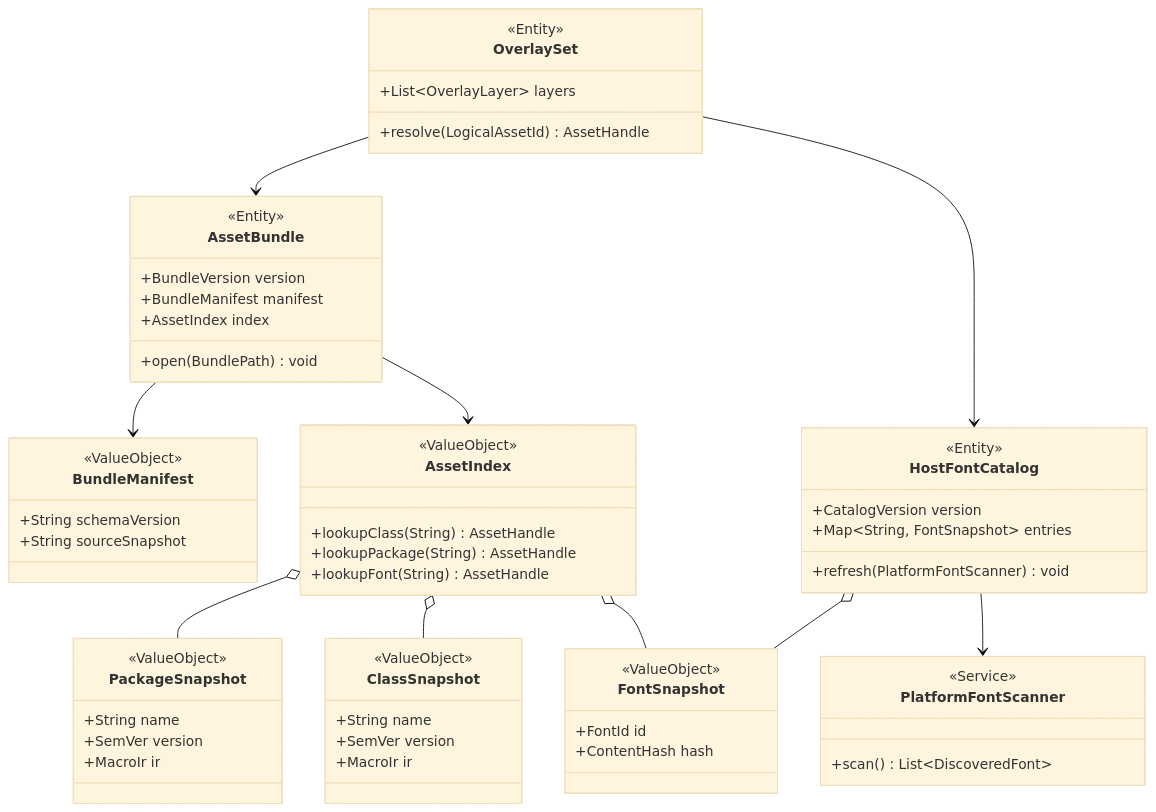
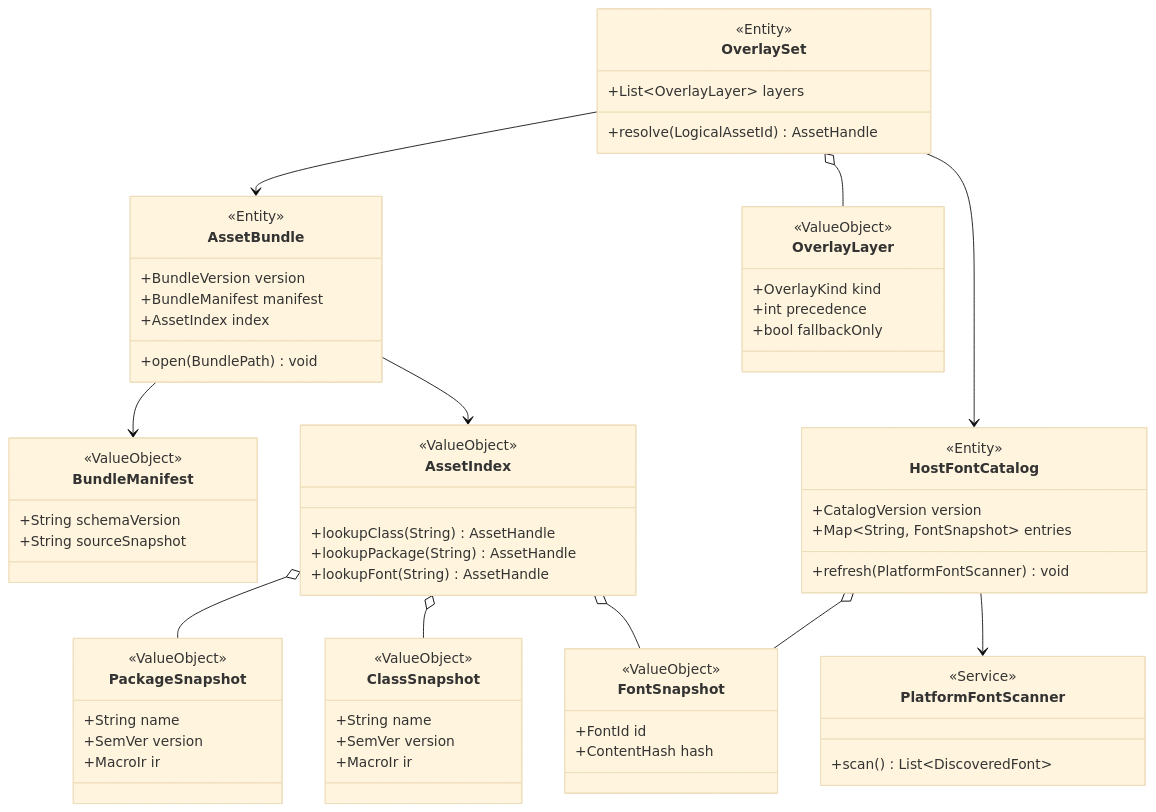
One commit to RK0429/ferritex changed the sixth of 12 diagrams in docs/domain_model.md. Above: the diagram before and after it, drawn with Mermaid (base theme). The commit also changed other lines of this file and 1 other file, not shown here.

````diff
--- a/docs/domain_model.md
+++ b/docs/domain_model.md
@@ -589,63 +669,70 @@
 ```mermaid
 classDiagram
     class AssetBundle {
         <<Entity>>
         +BundleVersion version
         +BundleManifest manifest
         +AssetIndex index
         +open(BundlePath) void
     }
     class BundleManifest {
         <<ValueObject>>
         +String schemaVersion
         +String sourceSnapshot
     }
     class AssetIndex {
         <<ValueObject>>
         +lookupClass(String) AssetHandle
         +lookupPackage(String) AssetHandle
         +lookupFont(String) AssetHandle
     }
     class OverlaySet {
         <<Entity>>
         +List~OverlayLayer~ layers
         +resolve(LogicalAssetId) AssetHandle
+    }
+    class OverlayLayer {
+        <<ValueObject>>
+        +OverlayKind kind
+        +int precedence
+        +bool fallbackOnly
     }
     class HostFontCatalog {
         <<Entity>>
         +CatalogVersion version
         +Map~String, FontSnapshot~ entries
         +refresh(PlatformFontScanner) void
     }
     class PlatformFontScanner {
         <<Service>>
         +scan() List~DiscoveredFont~
     }
     class PackageSnapshot {
         <<ValueObject>>
         +String name
         +SemVer version
         +MacroIr ir
     }
     class ClassSnapshot {
         <<ValueObject>>
         +String name
         +SemVer version
         +MacroIr ir
     }
     class FontSnapshot {
         <<ValueObject>>
         +FontId id
         +ContentHash hash
     }
 
     AssetBundle --> BundleManifest
     AssetBundle --> AssetIndex
     OverlaySet --> AssetBundle
     OverlaySet --> HostFontCatalog
+    OverlaySet o-- OverlayLayer
     AssetIndex o-- PackageSnapshot
     AssetIndex o-- ClassSnapshot
     AssetIndex o-- FontSnapshot
     HostFontCatalog o-- FontSnapshot
     HostFontCatalog --> PlatformFontScanner
 ```
````
